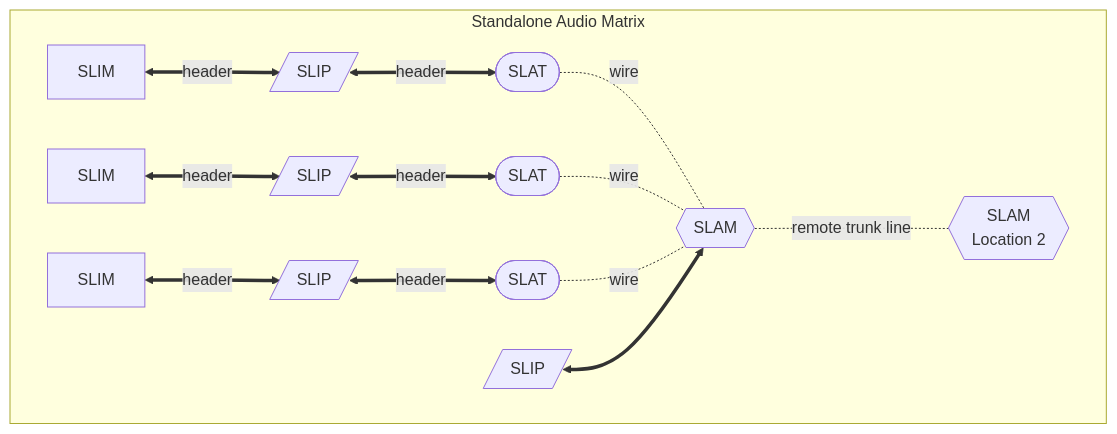
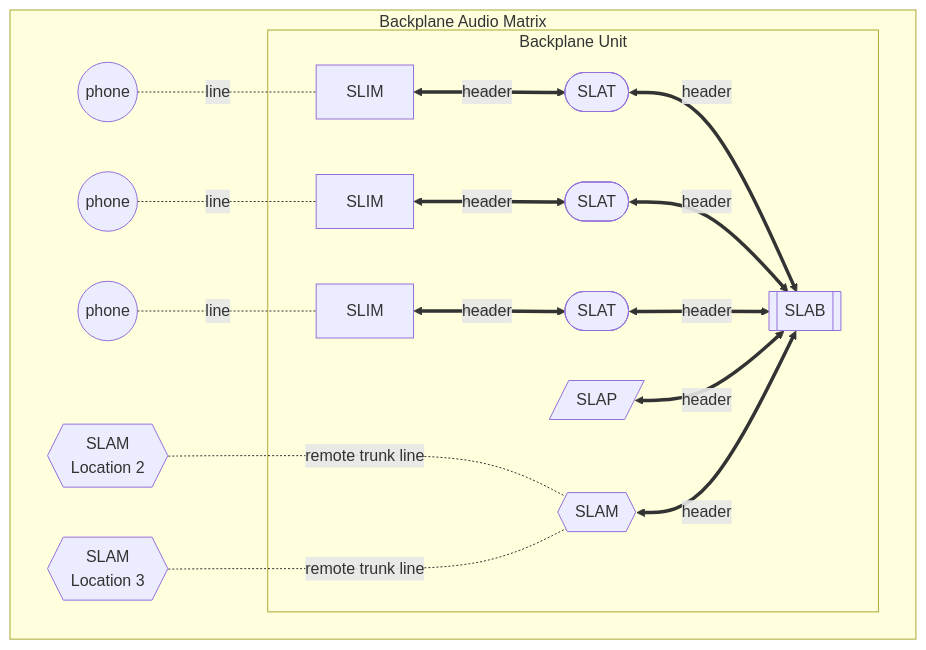
The fourth of 4 diagrams in docs/README - modular.md (ktownsend-personal/RetroPhone), drawn with Mermaid before and after one commit. The commit also changed other lines of this file, not shown here.

````diff
--- a/docs/README - modular.md
+++ b/docs/README - modular.md
@@ -42,11 +58,18 @@
 ```mermaid
 flowchart LR
-  subgraph Standalone Audio Matrix
+  subgraph Backplane Audio Matrix
     direction LR
-      SLIM1[SLIM] <==>|header| SLIP1[/SLIP/] <==>|header| SLAT1([SLAT]) -.-|wire| SLAM
-      SLIM2[SLIM] <==>|header| SLIP2[/SLIP/] <==>|header| SLAT2([SLAT]) -.-|wire| SLAM
-      SLIM3[SLIM] <==>|header| SLIP3[/SLIP/] <==>|header| SLAT3([SLAT]) -.-|wire| SLAM
-      SLIP4[/SLIP/] <==> SLAM{{SLAM}}
-      SLAM -.-|remote trunk line| SLAM2{{SLAM\nLocation 2}}
+    Phone1((phone)) -.-|line| SLIM1
+    Phone2((phone)) -.-|line| SLIM2
+    Phone3((phone)) -.-|line| SLIM3
+    subgraph Backplane Unit
+      SLIM1[SLIM] <==>|header| SLAT1([SLAT]) <==>|header| SLAB
+      SLIM2[SLIM] <==>|header| SLAT2([SLAT]) <==>|header| SLAB
+      SLIM3[SLIM] <==>|header| SLAT3([SLAT]) <==>|header| SLAB
+      SLAP[/SLAP/] <==>|header| SLAB[[SLAB]]
+      SLAM1{{SLAM}} <==>|header| SLAB
+    end
+    SLAM2{{SLAM\nLocation 2}} -..-|remote trunk line| SLAM1
+    SLAM3{{SLAM\nLocation 3}} -..-|remote trunk line| SLAM1
   end
 ```
````
